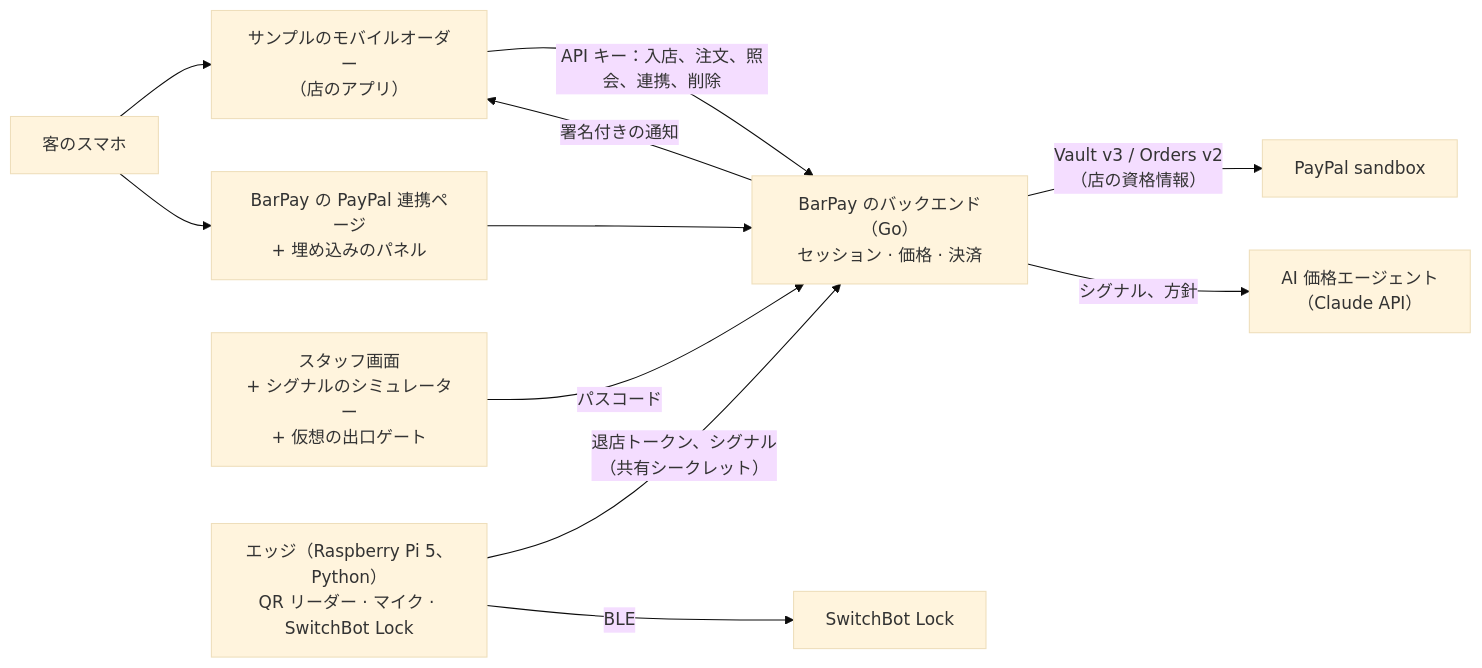
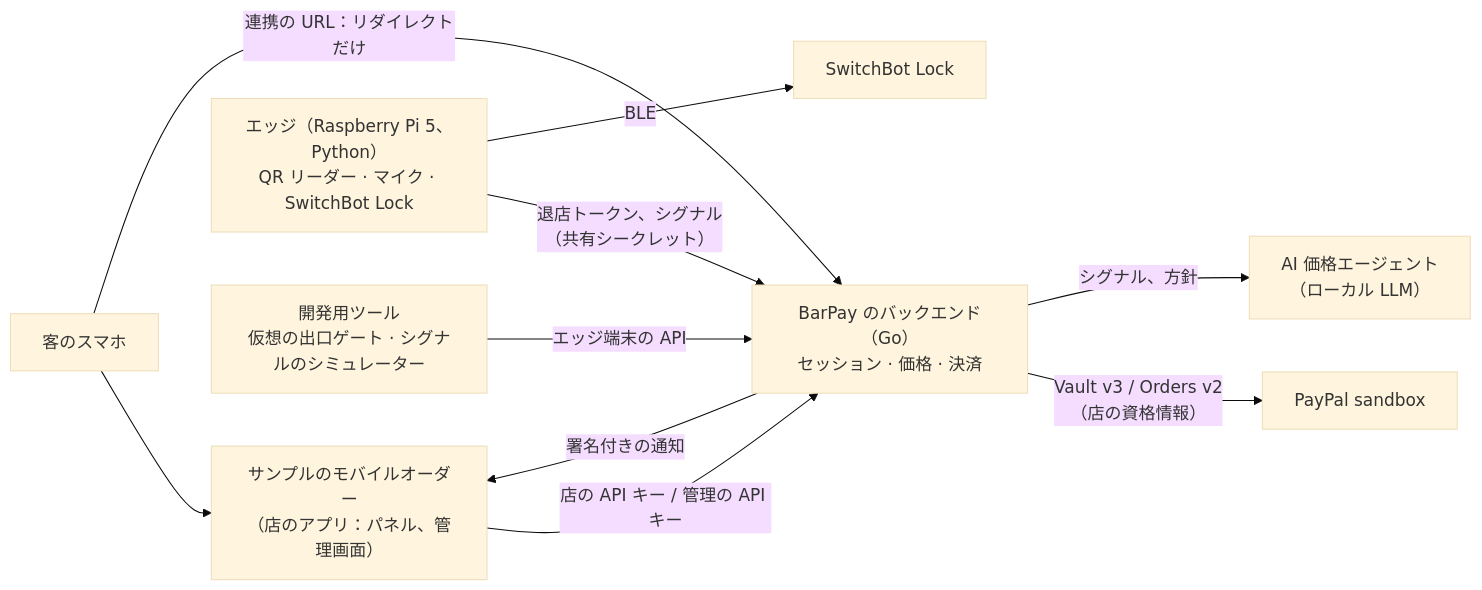
Before and after one commit to sumiredc/barpay: the fourth of 4 diagrams in PRD.ja.md, drawn with Mermaid (base theme). The commit also changed other lines of this file and 1 other file, not shown here.

First line of the commit message:
Describe BarPay as a module with no screens in the PRD

````diff
--- a/PRD.ja.md
+++ b/PRD.ja.md
@@ -307,13 +321,12 @@
 ```mermaid
 flowchart LR
-  Phone["客のスマホ"] --> App["サンプルのモバイルオーダー<br/>（店のアプリ）"]
-  Phone --> Pages["BarPay の PayPal 連携ページ<br/>+ 埋め込みのパネル"]
-  App -- "API キー：入店、注文、照会、連携、削除" --> API
+  Phone["客のスマホ"] --> App["サンプルのモバイルオーダー<br/>（店のアプリ：パネル、管理画面）"]
+  Phone -- "連携の URL：リダイレクトだけ" --> API
+  App -- "店の API キー / 管理の API キー" --> API
   API -- "署名付きの通知" --> App
-  Pages --> API
-  Staff["スタッフ画面<br/>+ シグナルのシミュレーター<br/>+ 仮想の出口ゲート"] -- "パスコード" --> API
   API["BarPay のバックエンド（Go）<br/>セッション · 価格 · 決済"] -- "Vault v3 / Orders v2<br/>（店の資格情報）" --> PP["PayPal sandbox"]
-  API -- "シグナル、方針" --> LLM["AI 価格エージェント<br/>（Claude API）"]
+  API -- "シグナル、方針" --> LLM["AI 価格エージェント<br/>（ローカル LLM）"]
   Edge["エッジ（Raspberry Pi 5、Python）<br/>QR リーダー · マイク · SwitchBot Lock"] -- "退店トークン、シグナル<br/>（共有シークレット）" --> API
   Edge -- BLE --> Lock["SwitchBot Lock"]
+  Dev["開発用ツール<br/>仮想の出口ゲート · シグナルのシミュレーター"] -- "エッジ端末の API" --> API
 ```
````
